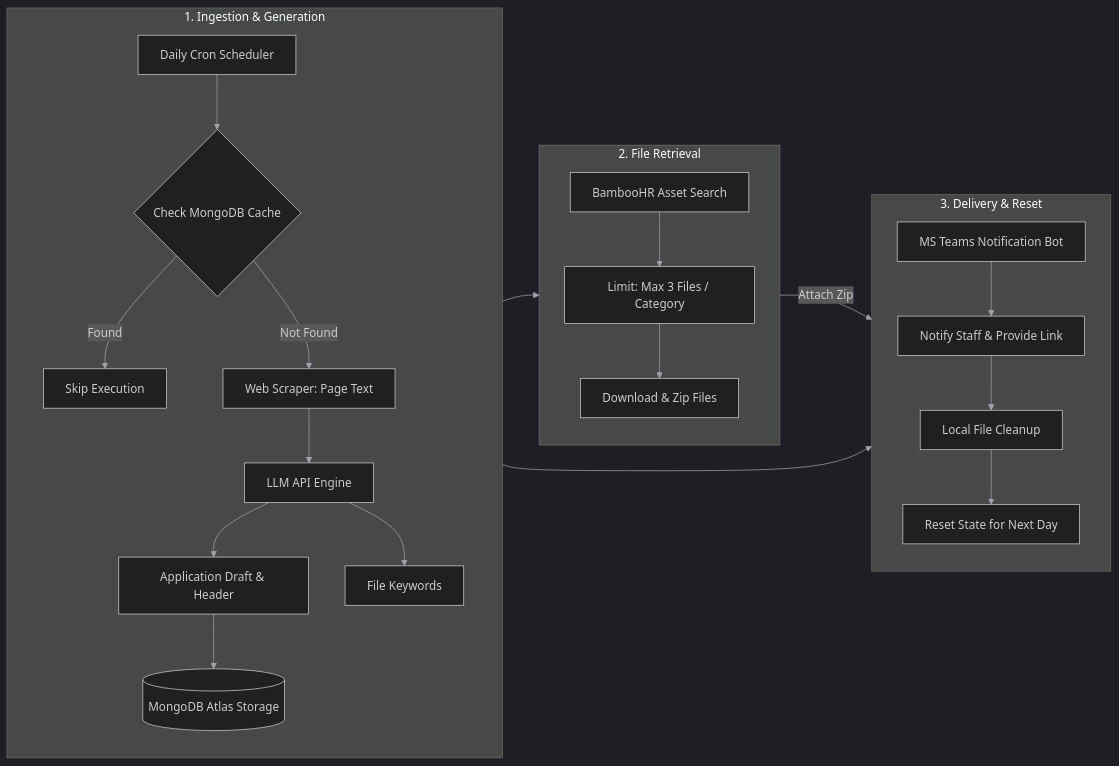
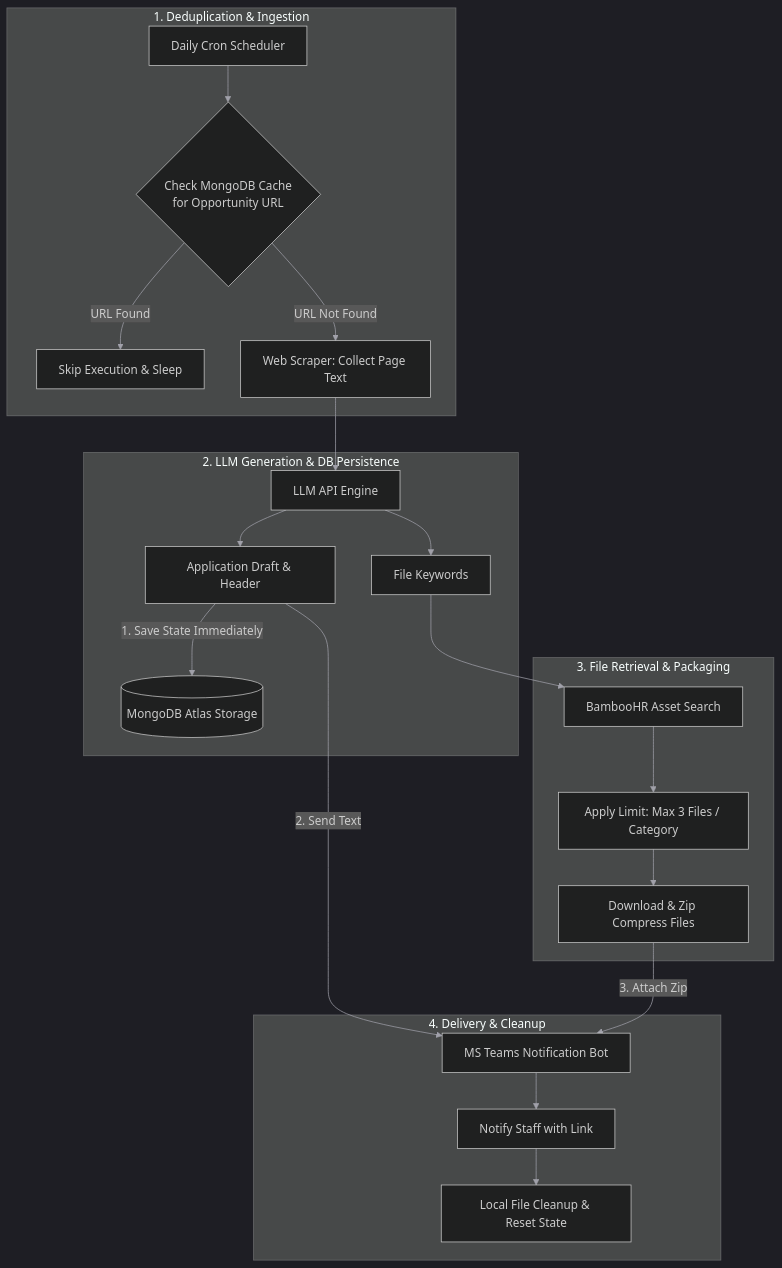
Before and after one commit to wevans02/Meta-Employment-Services-Internship: the diagram in Agentic-AI-system/README.md, drawn with Mermaid.

Commit message:
Updated formatting

````diff
--- a/Agentic-AI-system/README.md
+++ b/Agentic-AI-system/README.md
@@ -7,34 +7,33 @@
 ```mermaid
 %%{init: { 'theme': 'dark', 'themeVariables': { 'lineColor': '#a1a1aa', 'labelColor': '#ffffff', 'primaryColor': '#1e293b', 'primaryTextColor': '#ffffff', 'actorLineColor': '#ffffff' }}}%%
-graph LR
-    %% Main Vertical Flow for Scraping & Generation
-    subgraph Data Processing Pipeline [1. Ingestion & Generation]
-        direction TB
-        Start[Daily Cron Scheduler] --> CheckCache{Check MongoDB Cache}
-        CheckCache -->|Found| Skip[Skip Execution]
-        CheckCache -->|Not Found| Scraper[Web Scraper: Page Text]
+graph TD
+    %% Step 1: Trigger & Cache Check
+    subgraph Step1 [1. Deduplication & Ingestion]
+        Start[Daily Cron Scheduler] --> CheckCache{Check MongoDB Cache<br/>for Opportunity URL}
+        CheckCache -->|URL Found| Skip[Skip Execution & Sleep]
+        CheckCache -->|URL Not Found| Scraper[Web Scraper: Collect Page Text]
+    end
+
+    %% Step 2: Generation & State Persistence
+    subgraph Step2 [2. LLM Generation & DB Persistence]
         Scraper --> LLM[LLM API Engine]
         LLM --> Draft[Application Draft & Header]
         LLM --> Keywords[File Keywords]
-        Draft --> Mongo[(MongoDB Atlas Storage)]
+        Draft -->|1. Save State Immediately| Mongo[(MongoDB Atlas Storage)]
     end
 
-    %% File Handling Pipeline
-    subgraph File Engine [2. File Retrieval]
-        direction TB
+    %% Step 3: Asset Retrieval & Compression
+    subgraph Step3 [3. File Retrieval & Packaging]
         Keywords --> Bamboo[BambooHR Asset Search]
-        Bamboo --> Limit[Limit: Max 3 Files / Category]
-        Limit --> Zip[Download & Zip Files]
+        Bamboo --> Limit[Apply Limit: Max 3 Files / Category]
+        Limit --> Zip[Download & Zip Compress Files]
     end
 
-    %% Horizontal Move to Delivery & Cleanup
-    Draft --> Teams[MS Teams Notification Bot]
-    Zip -->|Attach Zip| Teams
-
-    subgraph Delivery & Cleanup [3. Delivery & Reset]
-        direction TB
-        Teams --> Notify[Notify Staff & Provide Link]
-        Notify --> Cleanup[Local File Cleanup]
-        Cleanup --> Reset[Reset State for Next Day]
+    %% Step 4: Notification & Cleanup
+    subgraph Step4 [4. Delivery & Cleanup]
+        Draft -->|2. Send Text| Teams[MS Teams Notification Bot]
+        Zip -->|3. Attach Zip| Teams
+        Teams --> Notify[Notify Staff with Link]
+        Notify --> Cleanup[Local File Cleanup & Reset State]
     end
 ```
````
